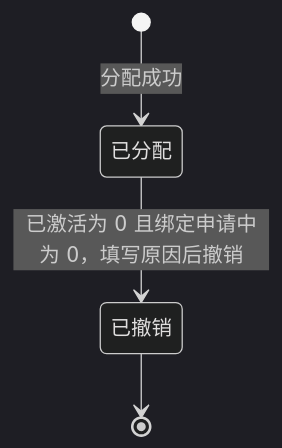
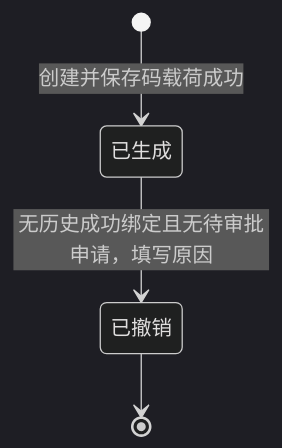
The first of 2 diagrams in docs/development/05-state-transitions.md (watanabeJ/traceability-quality-code-prototype), drawn with Mermaid (dark theme) before and after one commit. The commit also changed other lines of this file and 165 other files, not shown here.

````diff
--- a/docs/development/05-state-transitions.md
+++ b/docs/development/05-state-transitions.md
@@ -38,6 +9,8 @@
 ```mermaid
 stateDiagram-v2
-    [*] --> 已分配: 分配成功
-    已分配 --> 已撤销: 已激活为 0 且绑定申请中为 0，填写原因后撤销
-    已撤销 --> [*]
+  [*] --> generated: 创建并保存码载荷成功
+  state "已生成" as generated
+  state "已撤销" as cancelled
+  generated --> cancelled: 无历史成功绑定且无待审批申请，填写原因
+  cancelled --> [*]
 ```
````
